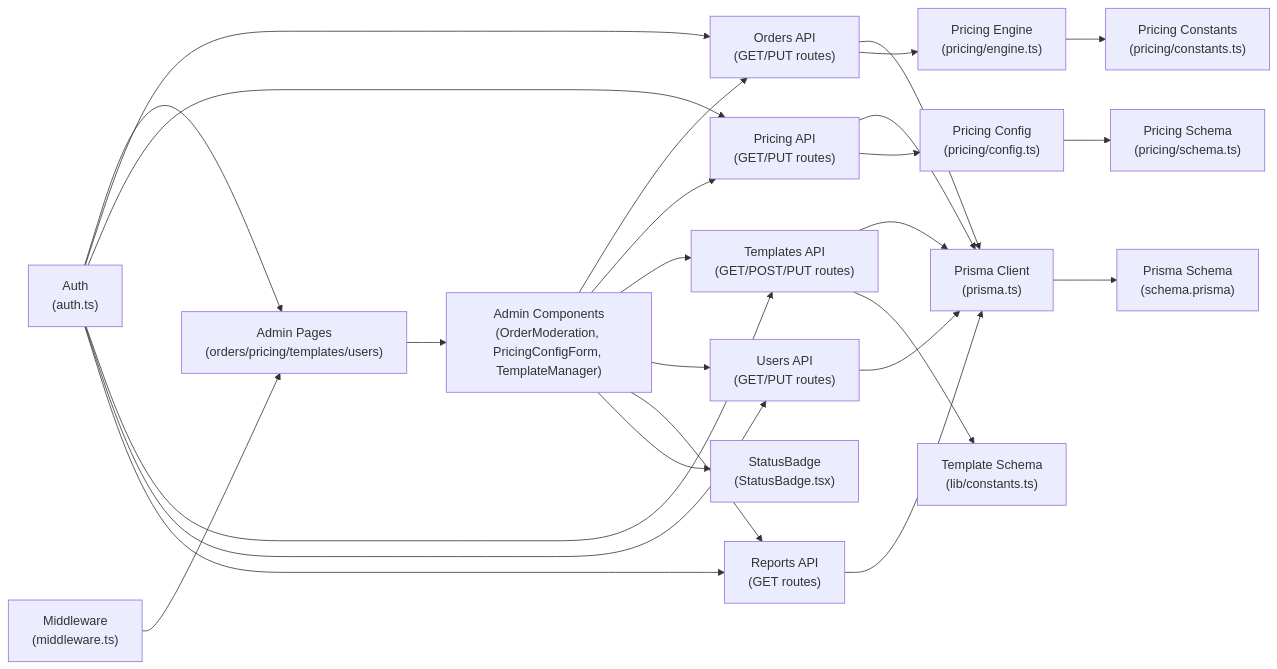
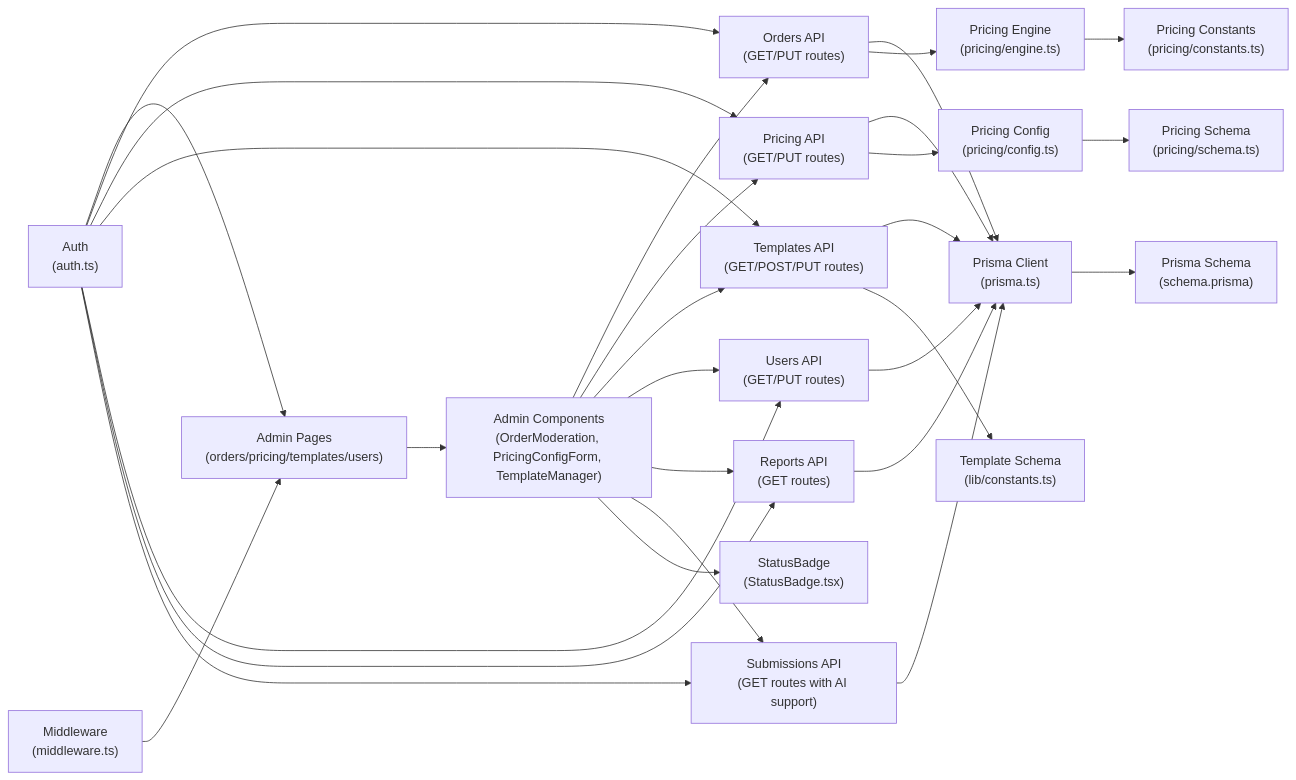
One commit to Crowdspender/titchybooks-app changed the eighth of 9 diagrams in .qoder/repowiki/en/content/Administrative Features/Administrative Features.md. Above: the diagram before and after it, drawn with Mermaid. The commit also changed other lines of this file and 4 other files, not shown here.

First line of the commit message:
docs(repowiki): add AI Book Generation System page and refresh API/admin/database docs

````diff
--- a/.qoder/repowiki/en/content/Administrative Features/Administrative Features.md
+++ b/.qoder/repowiki/en/content/Administrative Features/Administrative Features.md
@@ -561,28 +574,31 @@
 ```mermaid
 graph LR
 AdminPages["Admin Pages<br/>(orders/pricing/templates/users)"] --> AdminComponents["Admin Components<br/>(OrderModeration, PricingConfigForm, TemplateManager)"]
 AdminComponents --> OrdersAPI["Orders API<br/>(GET/PUT routes)"]
 AdminComponents --> PricingAPI["Pricing API<br/>(GET/PUT routes)"]
 AdminComponents --> TemplatesAPI["Templates API<br/>(GET/POST/PUT routes)"]
 AdminComponents --> UsersAPI["Users API<br/>(GET/PUT routes)"]
 AdminComponents --> ReportsAPI["Reports API<br/>(GET routes)"]
+AdminComponents --> SubmissionsAPI["Submissions API<br/>(GET routes with AI support)"]
 OrdersAPI --> Prisma["Prisma Client<br/>(prisma.ts)"]
 PricingAPI --> Prisma
 TemplatesAPI --> Prisma
 UsersAPI --> Prisma
 ReportsAPI --> Prisma
+SubmissionsAPI --> Prisma
 OrdersAPI --> PricingEngine["Pricing Engine<br/>(pricing/engine.ts)"]
 PricingAPI --> PricingConfig["Pricing Config<br/>(pricing/config.ts)"]
 TemplatesAPI --> TemplateSchema["Template Schema<br/>(lib/constants.ts)"]
 AdminComponents --> StatusBadge["StatusBadge<br/>(StatusBadge.tsx)"]
 Auth["Auth<br/>(auth.ts)"] --> AdminPages
 Auth --> OrdersAPI
 Auth --> PricingAPI
 Auth --> TemplatesAPI
 Auth --> UsersAPI
 Auth --> ReportsAPI
+Auth --> SubmissionsAPI
 Middleware["Middleware<br/>(middleware.ts)"] --> AdminPages
 Prisma --> Schema["Prisma Schema<br/>(schema.prisma)"]
 PricingEngine --> PricingConstants["Pricing Constants<br/>(pricing/constants.ts)"]
 PricingConfig --> PricingSchema["Pricing Schema<br/>(pricing/schema.ts)"]
 ```
````
